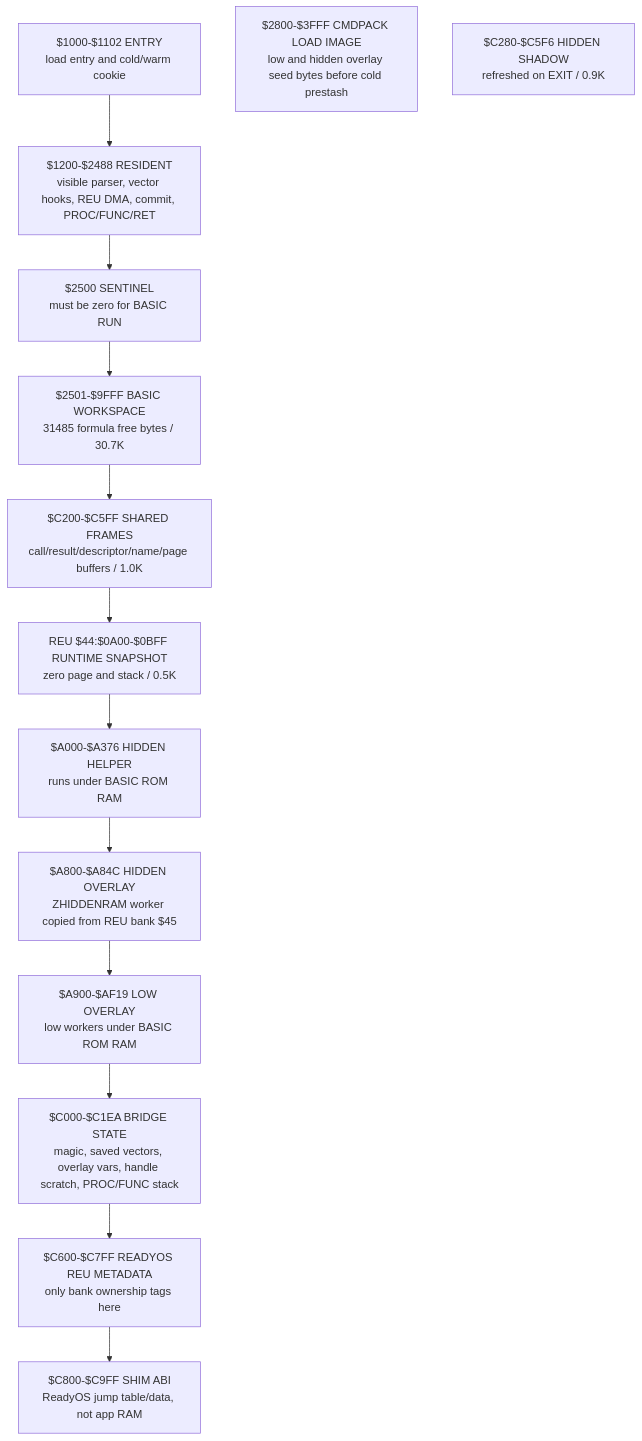
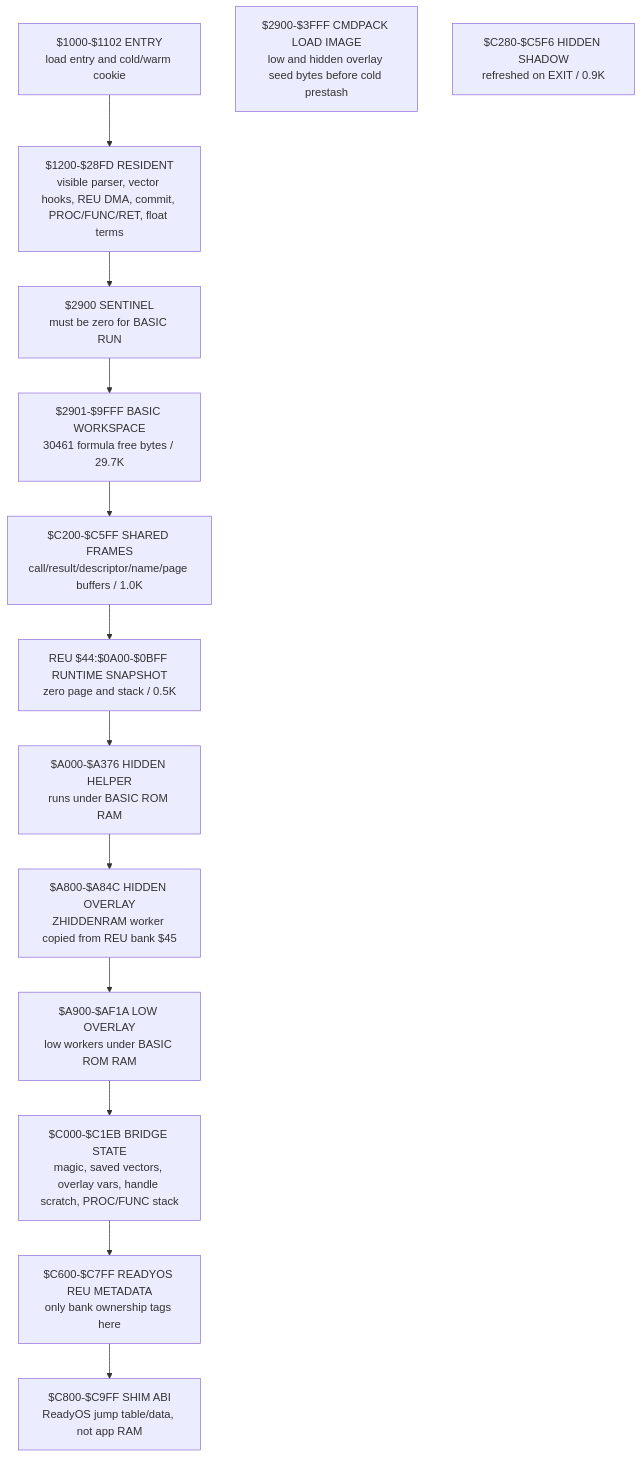
One commit to 123Onetwothree123/6502 changed the first of 8 diagrams in src/apps/readybasic/READYBASIC_LIFECYCLE_AND_REU_ARCHITECTURE.md. Above: the diagram before and after it, drawn with Mermaid. The commit also changed other lines of this file and 16 other files, not shown here.

Commit message:
Experiment with proper ReadyBASIC float terms

````diff
--- a/src/apps/readybasic/READYBASIC_LIFECYCLE_AND_REU_ARCHITECTURE.md
+++ b/src/apps/readybasic/READYBASIC_LIFECYCLE_AND_REU_ARCHITECTURE.md
@@ -95,20 +95,20 @@
 ```mermaid
 flowchart TB
   A["$1000-$1102 ENTRY<br/>load entry and cold/warm cookie"]
-  B["$1200-$2488 RESIDENT<br/>visible parser, vector hooks, REU DMA, commit, PROC/FUNC/RET"]
-  C["$2500 SENTINEL<br/>must be zero for BASIC RUN"]
-  D["$2501-$9FFF BASIC WORKSPACE<br/>31485 formula free bytes / 30.7K"]
-  E["$2800-$3FFF CMDPACK LOAD IMAGE<br/>low and hidden overlay seed bytes before cold prestash"]
+  B["$1200-$28FD RESIDENT<br/>visible parser, vector hooks, REU DMA, commit, PROC/FUNC/RET, float terms"]
+  C["$2900 SENTINEL<br/>must be zero for BASIC RUN"]
+  D["$2901-$9FFF BASIC WORKSPACE<br/>30461 formula free bytes / 29.7K"]
+  E["$2900-$3FFF CMDPACK LOAD IMAGE<br/>low and hidden overlay seed bytes before cold prestash"]
   F["REU $44:$0A00-$0BFF RUNTIME SNAPSHOT<br/>zero page and stack / 0.5K"]
   G["$C200-$C5FF SHARED FRAMES<br/>call/result/descriptor/name/page buffers / 1.0K"]
   I["$C280-$C5F6 HIDDEN SHADOW<br/>refreshed on EXIT / 0.9K"]
   J["$A000-$A376 HIDDEN HELPER<br/>runs under BASIC ROM RAM"]
   K["$A800-$A84C HIDDEN OVERLAY<br/>ZHIDDENRAM worker copied from REU bank $45"]
-  O["$A900-$AF19 LOW OVERLAY<br/>low workers under BASIC ROM RAM"]
-  L["$C000-$C1EA BRIDGE STATE<br/>magic, saved vectors, overlay vars, handle scratch, PROC/FUNC stack"]
+  O["$A900-$AF1A LOW OVERLAY<br/>low workers under BASIC ROM RAM"]
+  L["$C000-$C1EB BRIDGE STATE<br/>magic, saved vectors, overlay vars, handle scratch, PROC/FUNC stack"]
   M["$C600-$C7FF READYOS REU METADATA<br/>only bank ownership tags here"]
   N["$C800-$C9FF SHIM ABI<br/>ReadyOS jump table/data, not app RAM"]
 
   A --> B --> C --> D --> G
   G --> F --> J --> K --> O --> L --> M --> N
 ```
````
